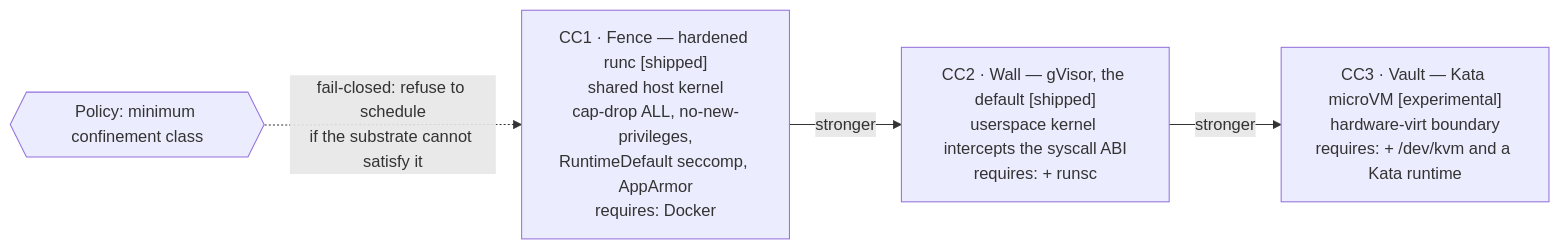
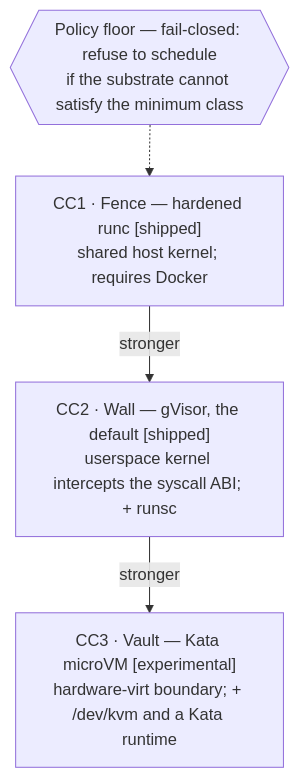
One commit to cjohnstoniv/wardyn changed the second of 3 diagrams in threatmodel/THREAT-MODEL.md. Above: the diagram before and after it, drawn with Mermaid. The commit also changed other lines of this file and 42 other files, not shown here.

````diff
--- a/threatmodel/THREAT-MODEL.md
+++ b/threatmodel/THREAT-MODEL.md
@@ -536,8 +589,9 @@
 ```mermaid
-flowchart LR
-  CC1["CC1 · Fence — hardened runc [shipped]<br/>shared host kernel<br/>cap-drop ALL, no-new-privileges,<br/>RuntimeDefault seccomp, AppArmor<br/>requires: Docker"]
-  CC2["CC2 · Wall — gVisor, the default [shipped]<br/>userspace kernel intercepts the syscall ABI<br/>requires: + runsc"]
-  CC3["CC3 · Vault — Kata microVM [experimental]<br/>hardware-virt boundary<br/>requires: + /dev/kvm and a Kata runtime"]
+flowchart TB
+  CC1["CC1 · Fence — hardened runc [shipped]<br/>shared host kernel; requires Docker"]
+  CC2["CC2 · Wall — gVisor, the default [shipped]<br/>userspace kernel intercepts the syscall ABI; + runsc"]
+  CC3["CC3 · Vault — Kata microVM [experimental]<br/>hardware-virt boundary; + /dev/kvm and a Kata runtime"]
+  policy{{"Policy floor — fail-closed: refuse to schedule<br/>if the substrate cannot satisfy the minimum class"}}
   CC1 -->|"stronger"| CC2 -->|"stronger"| CC3
-  policy{{"Policy: minimum confinement class"}} -.->|"fail-closed: refuse to schedule<br/>if the substrate cannot satisfy it"| CC1
+  policy -.-> CC1
 ```
````
